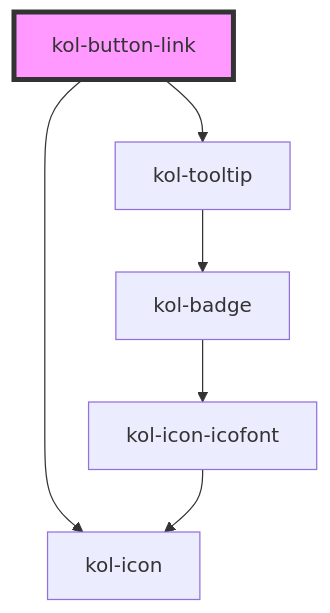
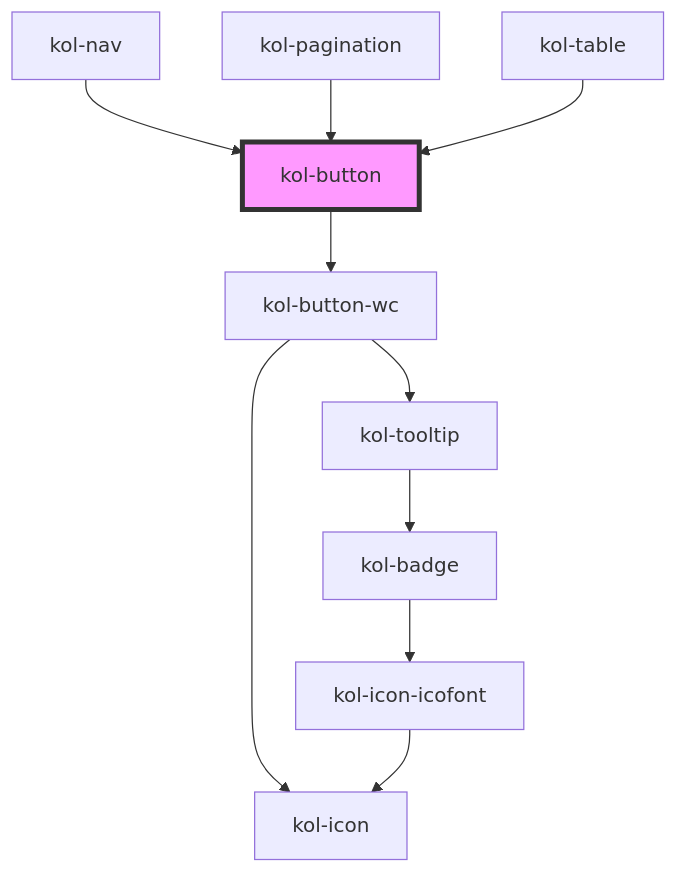
One commit to public-ui/kolibri changed the diagram in packages/library/src/components/button/readme.md. Above: the diagram before and after it, drawn with Mermaid. The commit also changed other lines of this file and 17 other files, not shown here.

````diff
--- a/packages/library/src/components/button/readme.md
+++ b/packages/library/src/components/button/readme.md
@@ -164,9 +181,13 @@
 ```mermaid
 graph TD;
-  kol-button-link --> kol-icon
-  kol-button-link --> kol-tooltip
+  kol-button --> kol-button-wc
+  kol-button-wc --> kol-icon
+  kol-button-wc --> kol-tooltip
   kol-tooltip --> kol-badge
   kol-badge --> kol-icon-icofont
   kol-icon-icofont --> kol-icon
-  style kol-button-link fill:#f9f,stroke:#333,stroke-width:4px
+  kol-nav --> kol-button
+  kol-pagination --> kol-button
+  kol-table --> kol-button
+  style kol-button fill:#f9f,stroke:#333,stroke-width:4px
 ```
````
